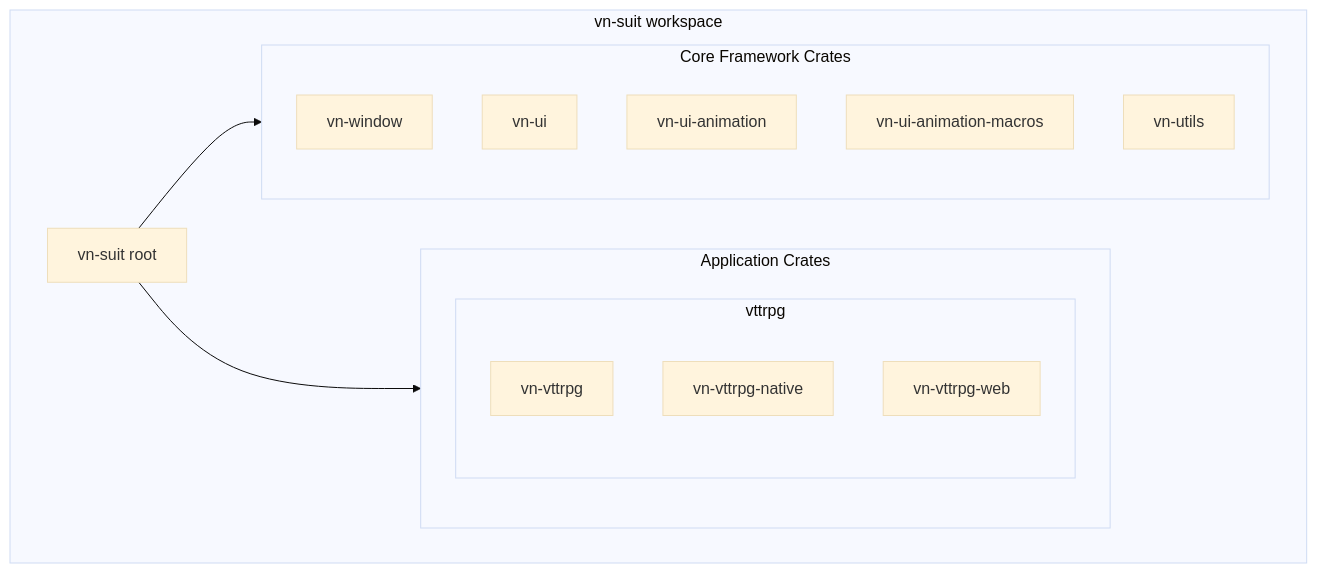
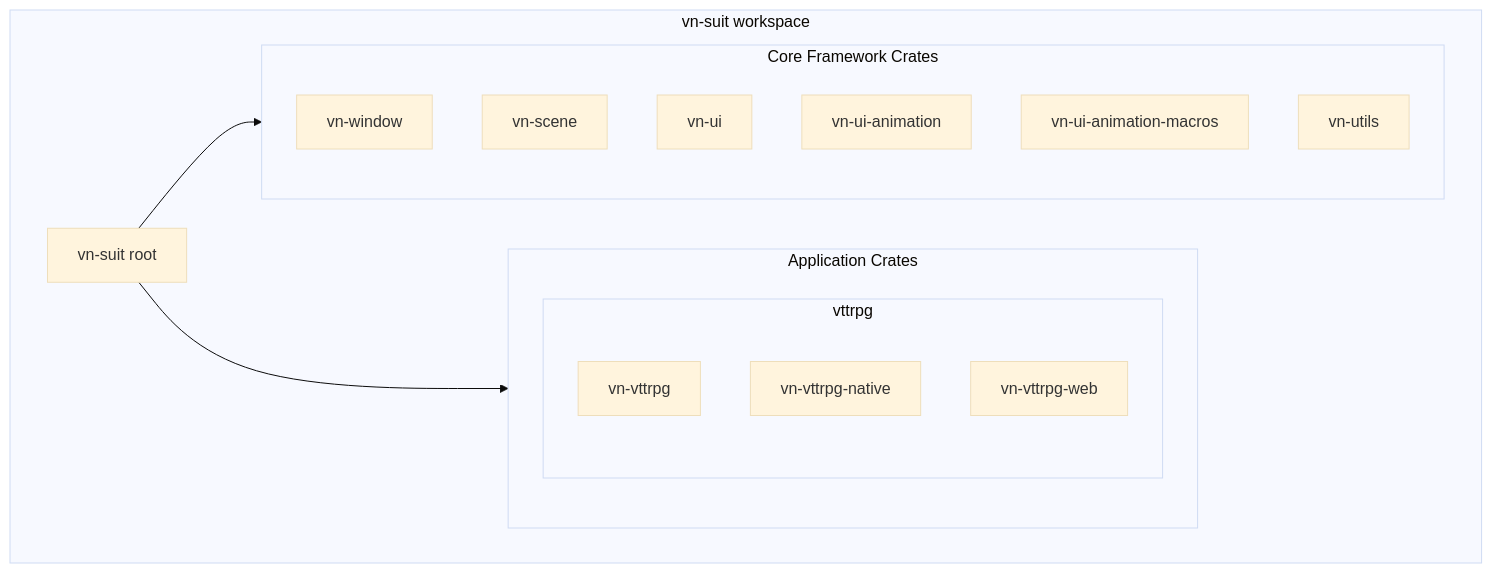
One commit to VoidedName/mono-repo changed the first of 4 diagrams in readme.asciidoc. Above: the diagram before and after it, drawn with Mermaid (base theme). The commit also changed other lines of this file and 38 other files, not shown here.

```diff
--- a/readme.asciidoc
+++ b/readme.asciidoc
@@ -22,26 +22,27 @@
 [mermaid]
 ----
 graph TD
     subgraph Workspace [vn-suit workspace]
         Root[vn-suit root]
         
         subgraph Core [Core Framework Crates]
             vn-window[vn-window]
+            vn-scene[vn-scene]
             vn-ui[vn-ui]
             vn-ui-animation[vn-ui-animation]
             vn-ui-animation-macros[vn-ui-animation-macros]
             vn-utils[vn-utils]
         end
         
         subgraph Apps [Application Crates]
             subgraph vttrpg [vttrpg]
                 vn-vttrpg[vn-vttrpg]
                 vn-vttrpg-native[vn-vttrpg-native]
                 vn-vttrpg-web[vn-vttrpg-web]
             end
         end
         
         Root --> Core
         Root --> Apps
     end
 ----
```
